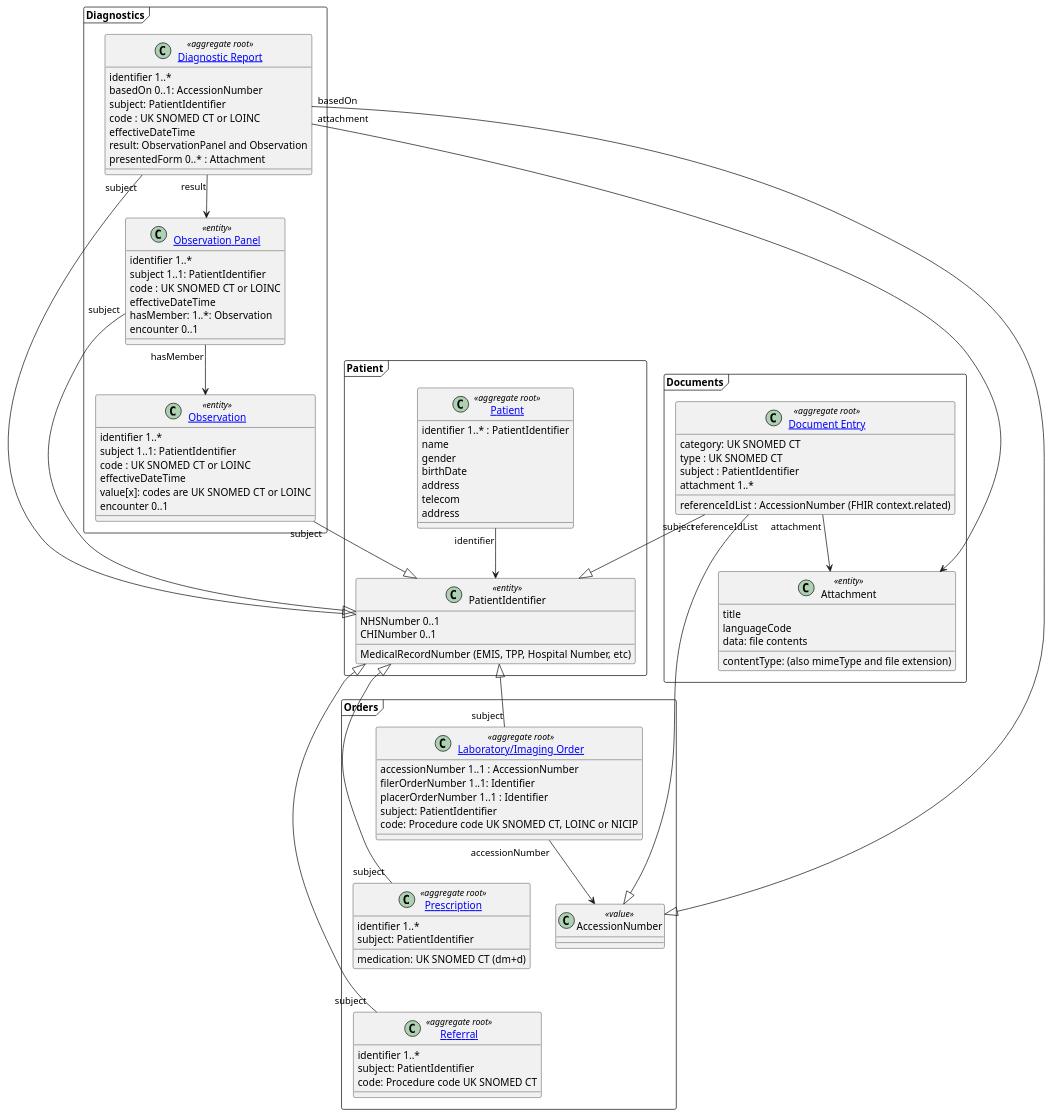
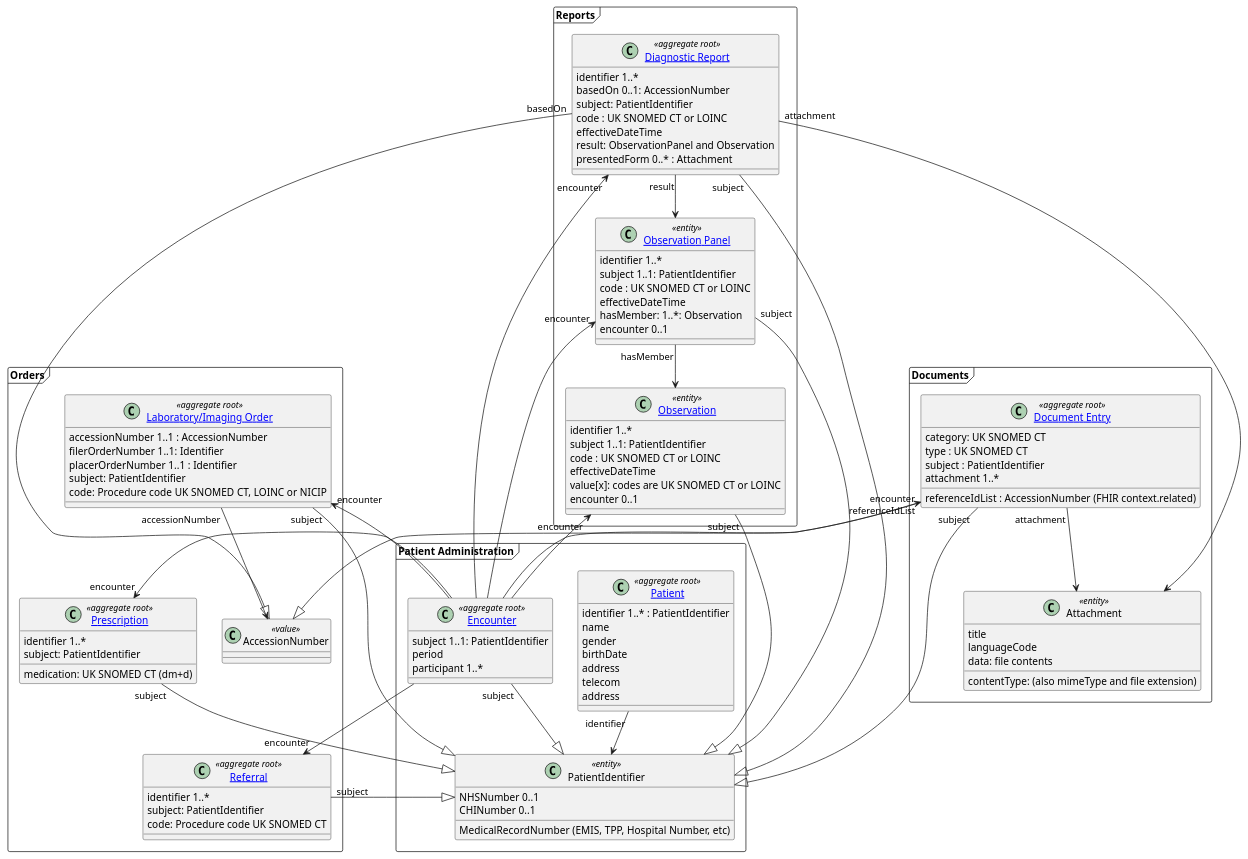
One commit to Virtually-Healthcare/virtually-healthcare.github.com changed the diagram in input/images-source/entity-model-base.plantuml. Above: the diagram before and after it, drawn with PlantUML.

Commit message:
Added NHS HL7 v2 documents

```diff
--- a/input/images-source/entity-model-base.plantuml
+++ b/input/images-source/entity-model-base.plantuml
@@ -1,140 +1,155 @@
 @startuml
 
-frame PD1 as "Patient" {
+frame PD1 as "Patient Administration" {
 class "[[StructureDefinition-Patient.html Patient]]" as Patient <<aggregate root>> {
 identifier 1..* : PatientIdentifier
 name
 gender
 birthDate
 address
 telecom
 address
 }
 
 
 class PatientIdentifier <<entity>> {
 NHSNumber 0..1
 CHINumber 0..1
 MedicalRecordNumber (EMIS, TPP, Hospital Number, etc)
 }
 
+class "[[StructureDefinition-Encounter.html Encounter]]" as Encounter <<aggregate root>> {
+subject 1..1: PatientIdentifier
+period
+participant 1..*
+}
+
+
 Patient "identifier" --> PatientIdentifier
+Encounter "subject" --|> PatientIdentifier
 
 }
 
-frame Diagnostics as "Diagnostics" {
+frame Diagnostics as "Reports" {
 class "[[StructureDefinition-Observation.html Observation]]" as Observation <<entity>> {
 identifier 1..*
 subject 1..1: PatientIdentifier
 code : UK SNOMED CT or LOINC
 effectiveDateTime
 value[x]: codes are UK SNOMED CT or LOINC
 encounter 0..1
 }
 
 
 class "[[assessments-and-observations.html Observation Panel]]" as ObservationPanel <<entity>> {
 identifier 1..*
 subject 1..1: PatientIdentifier
 code : UK SNOMED CT or LOINC
 effectiveDateTime
 hasMember: 1..*: Observation
 encounter 0..1
 }
 
 
 class "[[StructureDefinition-DiagnosticReport.html Diagnostic Report]]" as DiagnosticReport <<aggregate root>> {
 identifier 1..*
 basedOn 0..1: AccessionNumber
 subject: PatientIdentifier
 code : UK SNOMED CT or LOINC
 effectiveDateTime
 result: ObservationPanel and Observation
 presentedForm 0..* : Attachment
 }
 
 DiagnosticReport "result" --> ObservationPanel
 ObservationPanel "hasMember" --> Observation
 
 }
 
 
 
 frame Documents {
 
 class Attachment <<entity>> {
 contentType: (also mimeType and file extension)
 title
 languageCode
 data: file contents
 }
 
 
 class "[[StructureDefinition-DocumentReference.html Document Entry]]" as DocumentEntry <<aggregate root>> {
 category: UK SNOMED CT
 type : UK SNOMED CT
 subject : PatientIdentifier
 attachment 1..*
 referenceIdList : AccessionNumber (FHIR context.related)
 }
 
 
 DocumentEntry "attachment" -d-> Attachment
 
 }
 
 frame Orders {
 
 class "[[StructureDefinition-ServiceRequest-LaboratoryOrder.html Laboratory/Imaging Order]]" as labOrder <<aggregate root>> {
 accessionNumber 1..1 : AccessionNumber
 filerOrderNumber 1..1: Identifier
 placerOrderNumber 1..1 : Identifier
 subject: PatientIdentifier
 code: Procedure code UK SNOMED CT, LOINC or NICIP
 }
 
 class AccessionNumber <<value>> {
 
 }
 
 class "[[StructureDefinition-MedicationRequest.html Prescription]]" as Prescription <<aggregate root>> {
 identifier 1..*
 subject: PatientIdentifier
 medication: UK SNOMED CT (dm+d)
 }
 
 
 class "[[StructureDefinition-ServiceRequest-Referral.html Referral]]" as Referral <<aggregate root>> {
 identifier 1..*
 subject: PatientIdentifier
 code: Procedure code UK SNOMED CT
 }
 
 labOrder -d[hidden]- Prescription
 Prescription -d[hidden]- Referral
 
 
 labOrder "accessionNumber" --> AccessionNumber
 
 }
 
 
 DocumentEntry "referenceIdList" --|> AccessionNumber
 DiagnosticReport "basedOn" --|> AccessionNumber
 
 
 
 Observation "subject" --|> PatientIdentifier
 ObservationPanel "subject" --|> PatientIdentifier
 DiagnosticReport "subject" --|> PatientIdentifier
 DocumentEntry "subject" --|> PatientIdentifier
 
+Observation "encounter" <-- Encounter
+ObservationPanel "encounter" <-- Encounter
+DiagnosticReport "encounter" <-- Encounter
+DocumentEntry "encounter" <-- Encounter
+
 labOrder "subject" -u-|> PatientIdentifier
 Referral "subject" -u-|> PatientIdentifier
 Prescription "subject" -u-|> PatientIdentifier
 
-
+labOrder "encounter" <-- Encounter
+Referral "encounter" <-- Encounter
+Prescription "encounter" <-- Encounter
 
 DiagnosticReport "attachment" --> Attachment
 
 @enduml
```
